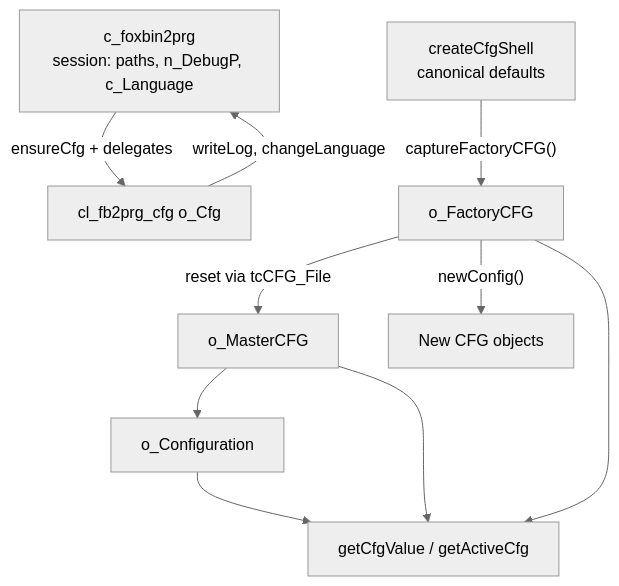
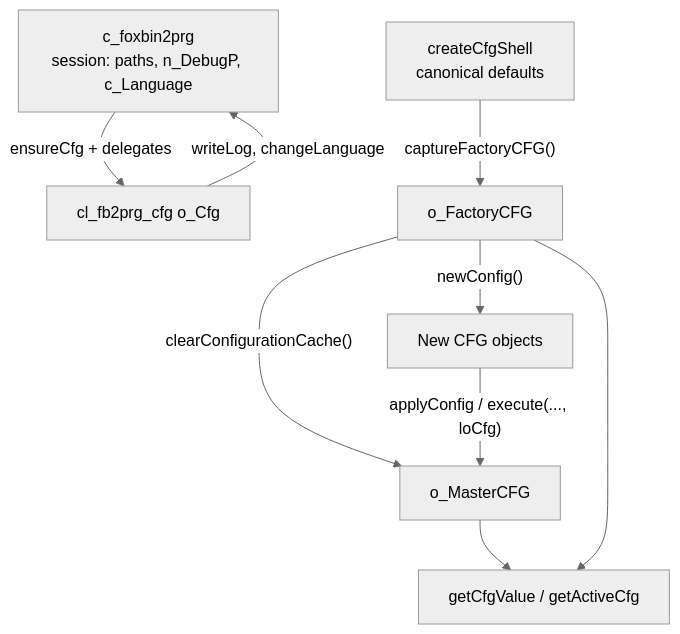
Before and after one commit to lkmatsumura/foxbin2prg: the fourth of 8 diagrams in docs/arquitetura.md, drawn with Mermaid (neutral theme). The commit also changed other lines of this file and 12 other files, not shown here.

````diff
--- a/docs/arquitetura.md
+++ b/docs/arquitetura.md
@@ -318,20 +320,18 @@
 ```mermaid
 flowchart TB
     Host["c_foxbin2prg<br/>session: paths, n_DebugP, c_Language"]
     CfgMgr["cl_fb2prg_cfg o_Cfg"]
     Shell["createCfgShell<br/>canonical defaults"]
     Factory["o_FactoryCFG"]
     Master["o_MasterCFG"]
-    Coll["o_Configuration"]
     Resolve["getCfgValue / getActiveCfg"]
 
     Host -->|"ensureCfg + delegates"| CfgMgr
     Shell -->|"captureFactoryCFG()"| Factory
     Factory -->|"newConfig()"| NewCfg["New CFG objects"]
-    Factory -->|"reset via tcCFG_File"| Master
-    Master --> Coll
-    Coll --> Resolve
+    Factory -->|"clearConfigurationCache()"| Master
     Master --> Resolve
     Factory --> Resolve
     CfgMgr -->|"writeLog, changeLanguage"| Host
+    NewCfg -->|"applyConfig / execute(..., loCfg)"| Master
 ```
````
